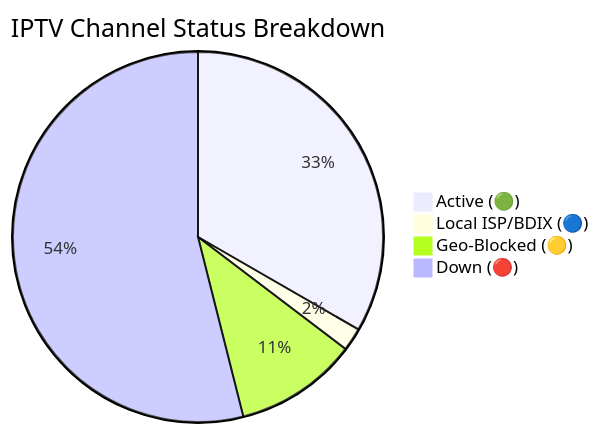
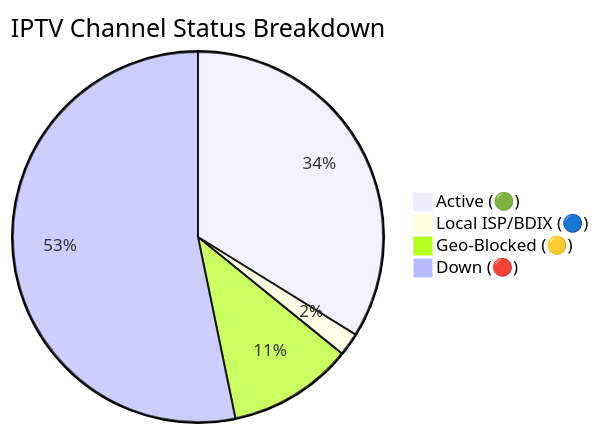
Before and after one commit to andreataylord/Ip-tv-Collection: the diagram in README.md, drawn with Mermaid. The commit also changed other lines of this file and 1 other file, not shown here.

Commit message:
docs(readme): auto-update daily channel status chart

````diff
--- a/README.md
+++ b/README.md
@@ -59,7 +59,7 @@
 ```mermaid
 pie title IPTV Channel Status Breakdown
-    "Active (🟢)" : 2118
+    "Active (🟢)" : 2150
     "Local ISP/BDIX (🔵)" : 128
-    "Geo-Blocked (🟡)" : 682
-    "Down (🔴)" : 3428
+    "Geo-Blocked (🟡)" : 694
+    "Down (🔴)" : 3384
 ```
````
